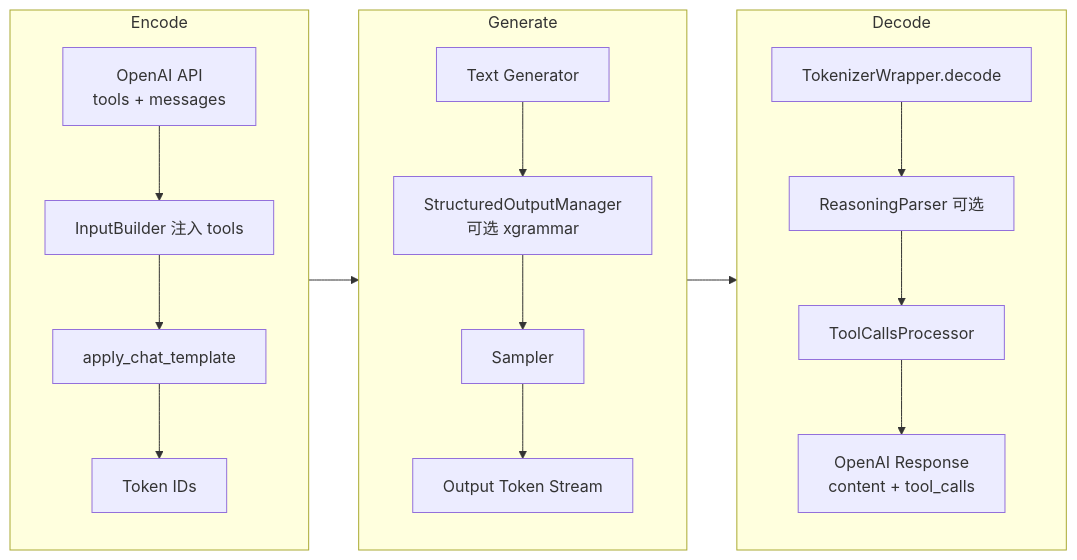
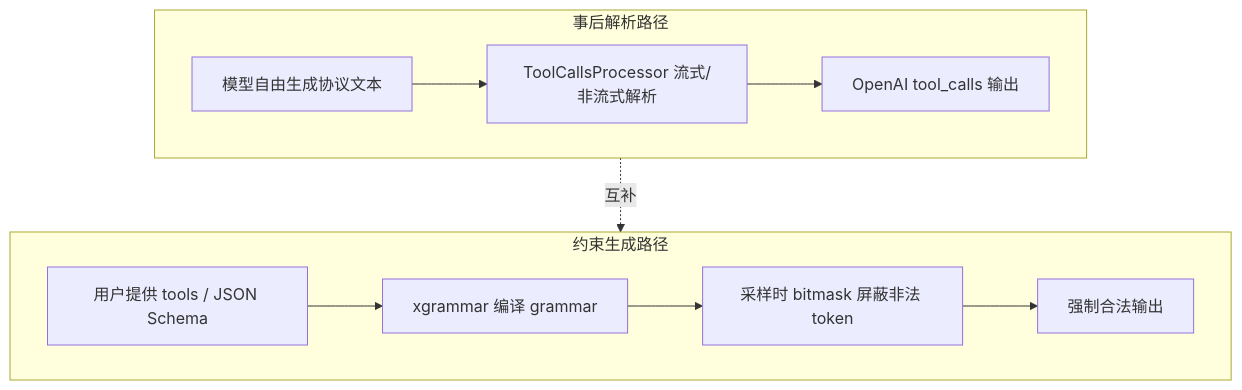
One commit to Lyr-GW/interview-docs changed the diagram in docs/topics/function-call-structured-output.md. Above: the diagram before and after it, drawn with Mermaid. The commit also changed other lines of this file and 2 other files, not shown here.

````diff
--- a/docs/topics/function-call-structured-output.md
+++ b/docs/topics/function-call-structured-output.md
@@ -42,13 +25,13 @@
 ```mermaid
-flowchart LR
-    subgraph Encode
-        A1[OpenAI API<br/>tools + messages] --> A2[InputBuilder 注入 tools] --> A3[apply_chat_template] --> A4[Token IDs]
+flowchart TB
+    subgraph 事后解析路径
+        A1[模型自由生成协议文本] --> A2[ToolCallsProcessor 流式/非流式解析]
+        A2 --> A3[OpenAI tool_calls 输出]
     end
-    subgraph Generate
-        B1[Text Generator] --> B2[StructuredOutputManager<br/>可选 xgrammar] --> B3[Sampler] --> B4[Output Token Stream]
+    subgraph 约束生成路径
+        B1[用户提供 tools / JSON Schema] --> B2[xgrammar 编译 grammar]
+        B2 --> B3[采样时 bitmask 屏蔽非法 token]
+        B3 --> B4[强制合法输出]
     end
-    subgraph Decode
-        C1[TokenizerWrapper.decode] --> C2[ReasoningParser 可选] --> C3[ToolCallsProcessor] --> C4[OpenAI Response<br/>content + tool_calls]
-    end
-    Encode --> Generate --> Decode
+    事后解析路径 -.-> |互补| 约束生成路径
 ```
````
